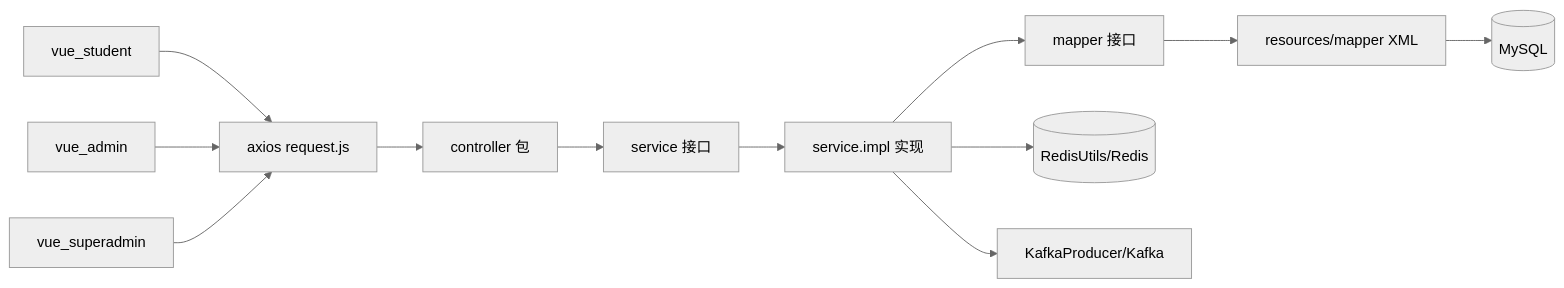
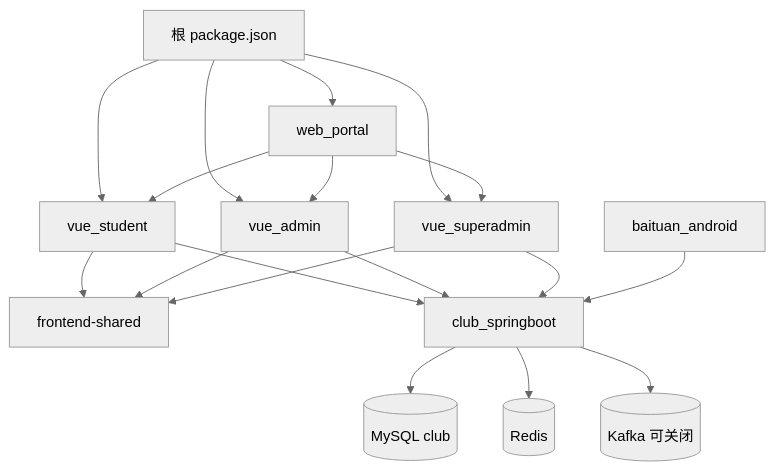
One commit to minislother/Digital-Hundred-Groups-Club changed the diagram in .codex/rules/ai-readme/generated/项目结构.md. Above: the diagram before and after it, drawn with Mermaid (neutral theme). The commit also changed other lines of this file and 87 other files, not shown here.

````diff
--- a/.codex/rules/ai-readme/generated/项目结构.md
+++ b/.codex/rules/ai-readme/generated/项目结构.md
@@ -57,14 +59,20 @@
 ```mermaid
-flowchart LR
- VStu[vue_student] --> Axios[axios request.js]
- VAdmin[vue_admin] --> Axios
- VSuper[vue_superadmin] --> Axios
- Axios --> Controllers[controller 包]
- Controllers --> Services[service 接口]
- Services --> Impl[service.impl 实现]
- Impl --> Mappers[mapper 接口]
- Mappers --> XML[resources/mapper XML]
- XML --> MySQL[(MySQL)]
- Impl --> Redis[(RedisUtils/Redis)]
- Impl --> Kafka[KafkaProducer/Kafka]
+flowchart TD
+  Root[根 package.json] --> Portal[web_portal]
+  Root --> Student[vue_student]
+  Root --> Admin[vue_admin]
+  Root --> Super[vue_superadmin]
+  Student --> Shared[frontend-shared]
+  Admin --> Shared
+  Super --> Shared
+  Portal --> Student
+  Portal --> Admin
+  Portal --> Super
+  Student --> Spring[club_springboot]
+  Admin --> Spring
+  Super --> Spring
+  Android[baituan_android] --> Spring
+  Spring --> MySQL[(MySQL club)]
+  Spring --> Redis[(Redis)]
+  Spring --> Kafka[(Kafka 可关闭)]
 ```
````
